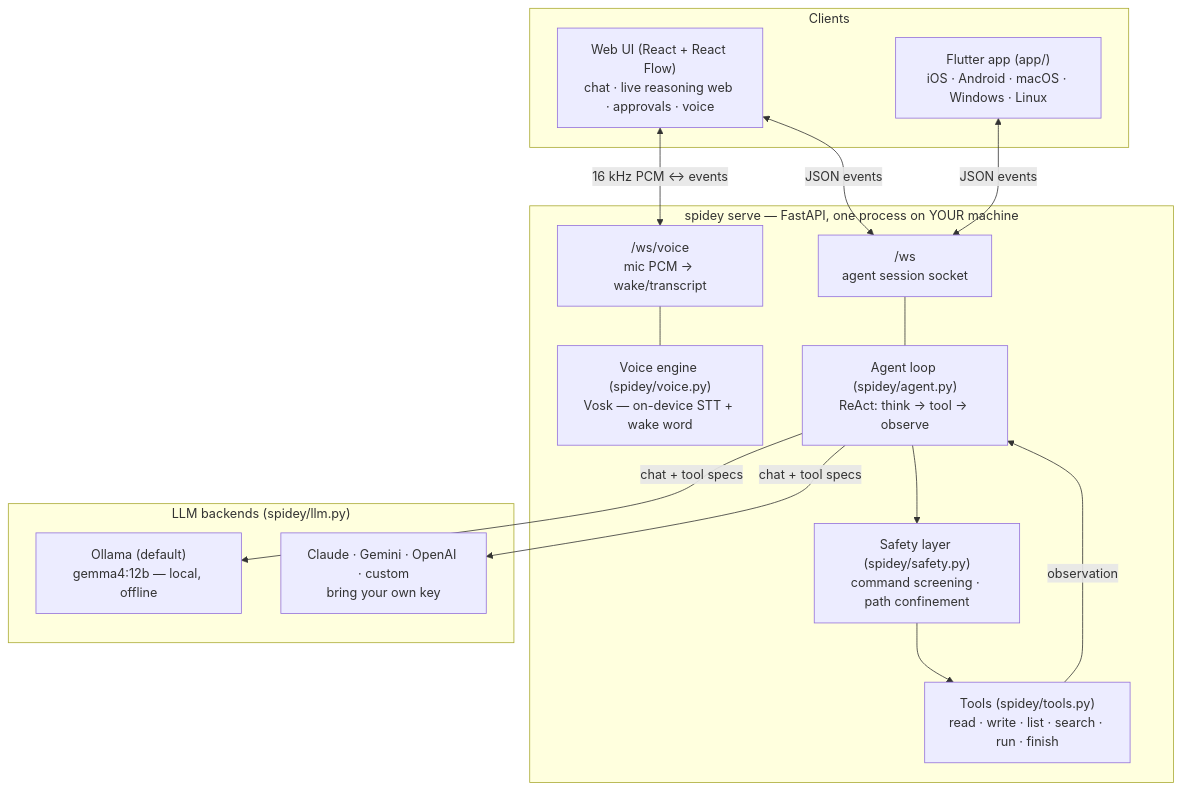
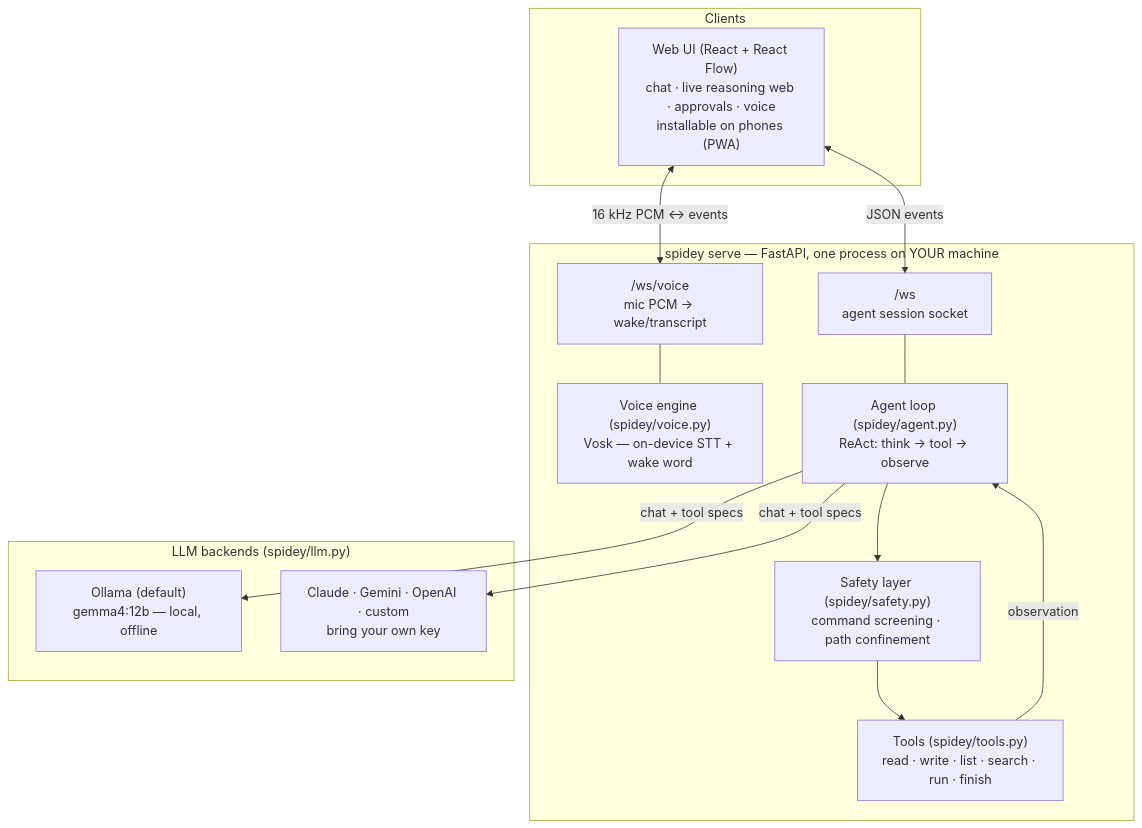
Before and after one commit to Siddharthpatni/Spidey: the first of 5 diagrams in docs/ARCHITECTURE.md, drawn with Mermaid. The commit also changed 203 other files, not shown here.

First line of the commit message:
Jarvis core: long-term memory + conversation continuity; HTTPS voice on phones; drop Flutter

````diff
--- a/docs/ARCHITECTURE.md
+++ b/docs/ARCHITECTURE.md
@@ -10,30 +10,28 @@
 ```mermaid
 flowchart TD
     subgraph Clients
-        W["Web UI (React + React Flow)<br/>chat · live reasoning web · approvals · voice"]
-        F["Flutter app (app/)<br/>iOS · Android · macOS · Windows · Linux"]
+        W["Web UI (React + React Flow)<br/>chat · live reasoning web · approvals · voice<br/>installable on phones (PWA)"]
     end
 
     subgraph Server["spidey serve — FastAPI, one process on YOUR machine"]
         WS["/ws<br/>agent session socket"]
         WV["/ws/voice<br/>mic PCM → wake/transcript"]
         VE["Voice engine (spidey/voice.py)<br/>Vosk — on-device STT + wake word"]
         AG["Agent loop (spidey/agent.py)<br/>ReAct: think → tool → observe"]
         SF["Safety layer (spidey/safety.py)<br/>command screening · path confinement"]
         TL["Tools (spidey/tools.py)<br/>read · write · list · search · run · finish"]
     end
 
     subgraph Brains["LLM backends (spidey/llm.py)"]
         OL["Ollama (default)<br/>gemma4:12b — local, offline"]
         CL["Claude · Gemini · OpenAI · custom<br/>bring your own key"]
     end
 
     W <-->|JSON events| WS
-    F <-->|JSON events| WS
     W <-->|16 kHz PCM ↔ events| WV
     WV --- VE
     WS --- AG
     AG -->|chat + tool specs| OL & CL
     AG --> SF --> TL
     TL -->|observation| AG
 ```
````
